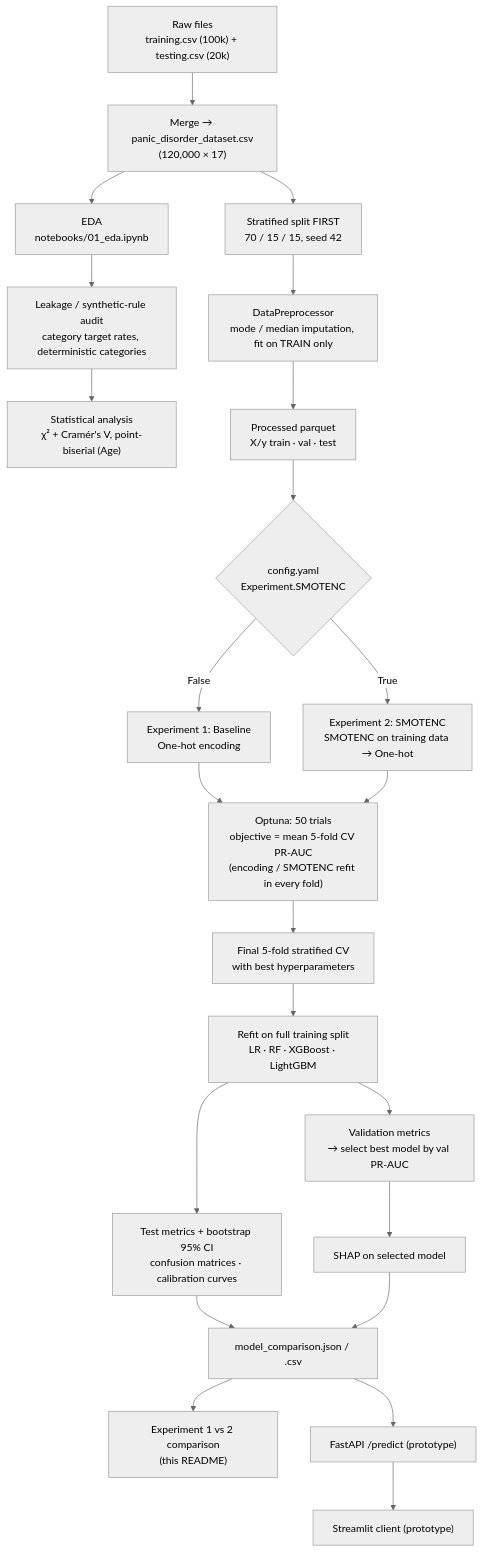
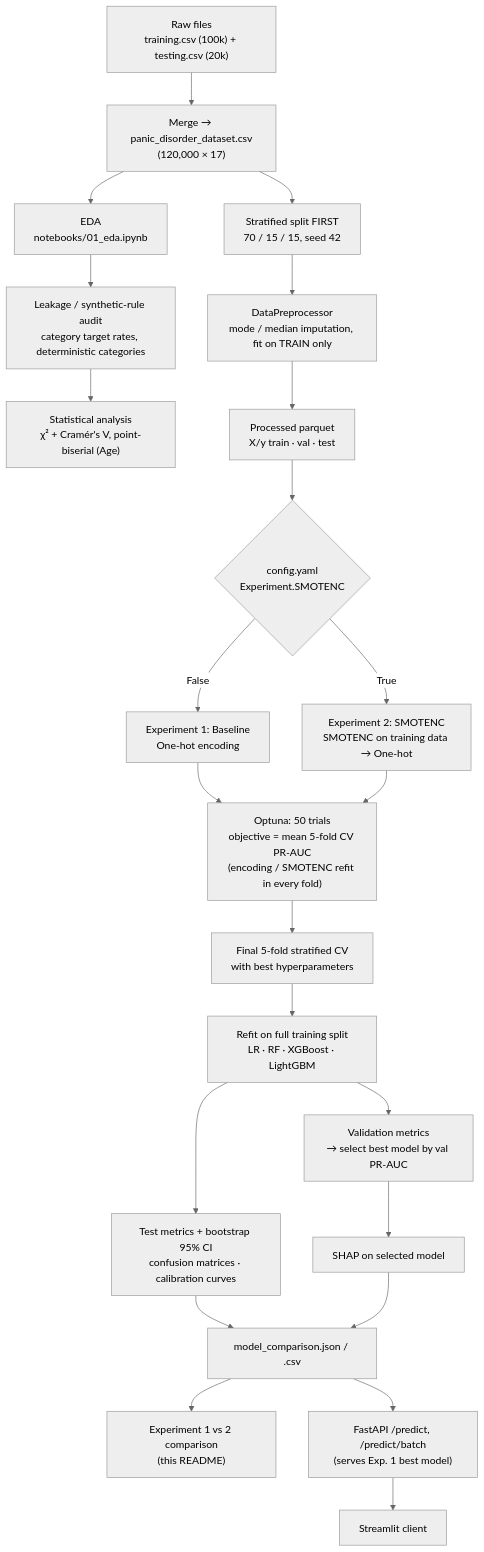
The first of 5 diagrams in README.md (loubnamerchi/panic_disorder_detection_system), drawn with Mermaid (neutral theme) before and after one commit. The commit also changed other lines of this file, not shown here.

````diff
--- a/README.md
+++ b/README.md
@@ -114,25 +114,25 @@
 ```mermaid
 flowchart TD
     A["Raw files<br/>training.csv (100k) + testing.csv (20k)"] --> B["Merge → panic_disorder_dataset.csv<br/>(120,000 × 17)"]
     B --> C["EDA<br/>notebooks/01_eda.ipynb"]
     C --> D["Leakage / synthetic-rule audit<br/>category target rates, deterministic categories"]
     D --> E["Statistical analysis<br/>χ² + Cramér's V, point-biserial (Age)"]
     B --> F["Stratified split FIRST<br/>70 / 15 / 15, seed 42"]
     F --> G["DataPreprocessor<br/>mode / median imputation, fit on TRAIN only"]
     G --> H["Processed parquet<br/>X/y train · val · test"]
     H --> I{"config.yaml<br/>Experiment.SMOTENC"}
     I -- "False" --> J["Experiment 1: Baseline<br/>One-hot encoding"]
     I -- "True" --> K["Experiment 2: SMOTENC<br/>SMOTENC on training data → One-hot"]
     J --> L["Optuna: 50 trials<br/>objective = mean 5-fold CV PR-AUC<br/>(encoding / SMOTENC refit in every fold)"]
     K --> L
     L --> M["Final 5-fold stratified CV<br/>with best hyperparameters"]
     M --> N["Refit on full training split<br/>LR · RF · XGBoost · LightGBM"]
     N --> O["Validation metrics<br/>→ select best model by val PR-AUC"]
     N --> P["Test metrics + bootstrap 95% CI<br/>confusion matrices · calibration curves"]
     O --> Q["SHAP on selected model"]
     P --> R["model_comparison.json / .csv"]
     Q --> R
     R --> X["Experiment 1 vs 2 comparison<br/>(this README)"]
-    R --> S["FastAPI /predict (prototype)"]
-    S --> T["Streamlit client (prototype)"]
+    R --> S["FastAPI /predict, /predict/batch<br/>(serves Exp. 1 best model)"]
+    S --> T["Streamlit client"]
 ```
````
